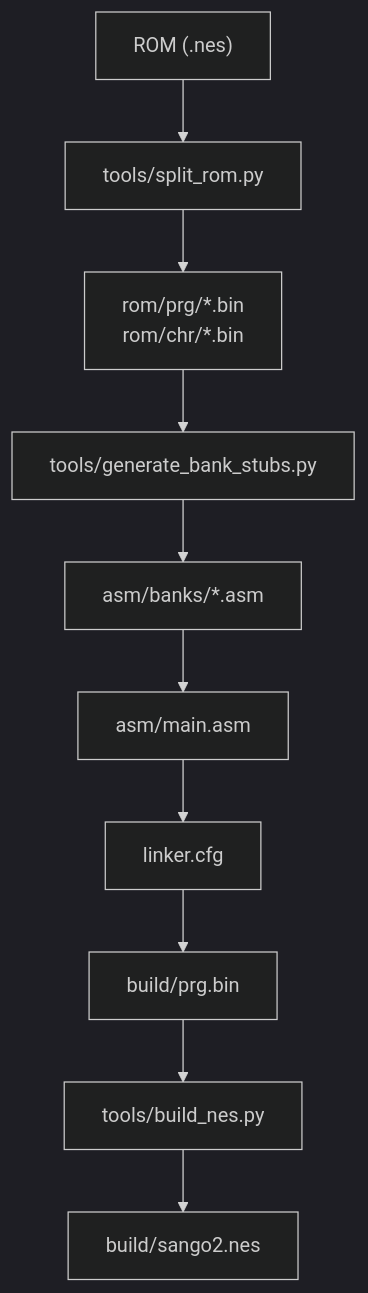
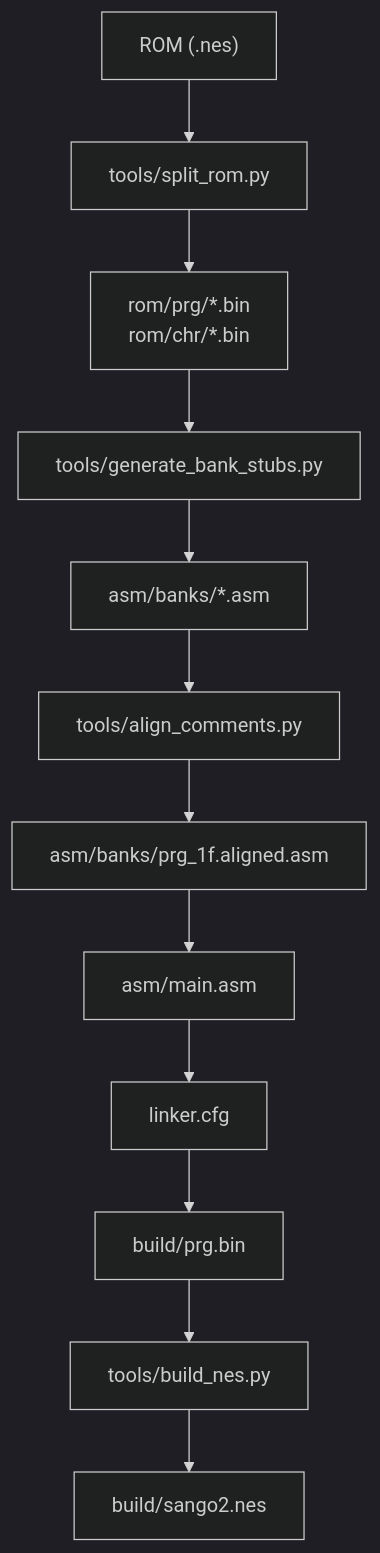
One commit to rabbyzero/sango2dasm changed the first of 4 diagrams in .qoder/repowiki/en/content/Disassembly Workflow/Disassembly Workflow.md. Above: the diagram before and after it, drawn with Mermaid (dark theme). The commit also changed other lines of this file and 26 other files, not shown here.

````diff
--- a/.qoder/repowiki/en/content/Disassembly Workflow/Disassembly Workflow.md
+++ b/.qoder/repowiki/en/content/Disassembly Workflow/Disassembly Workflow.md
@@ -48,12 +61,14 @@
 ```mermaid
 graph TB
 A["ROM (.nes)"] --> B["tools/split_rom.py"]
 B --> C["rom/prg/*.bin<br/>rom/chr/*.bin"]
 C --> D["tools/generate_bank_stubs.py"]
 D --> E["asm/banks/*.asm"]
-E --> F["asm/main.asm"]
-F --> G["linker.cfg"]
-G --> H["build/prg.bin"]
-H --> I["tools/build_nes.py"]
-I --> J["build/sango2.nes"]
+E --> F["tools/align_comments.py"]
+F --> G["asm/banks/prg_1f.aligned.asm"]
+G --> H["asm/main.asm"]
+H --> I["linker.cfg"]
+I --> J["build/prg.bin"]
+J --> K["tools/build_nes.py"]
+K --> L["build/sango2.nes"]
 ```
````
